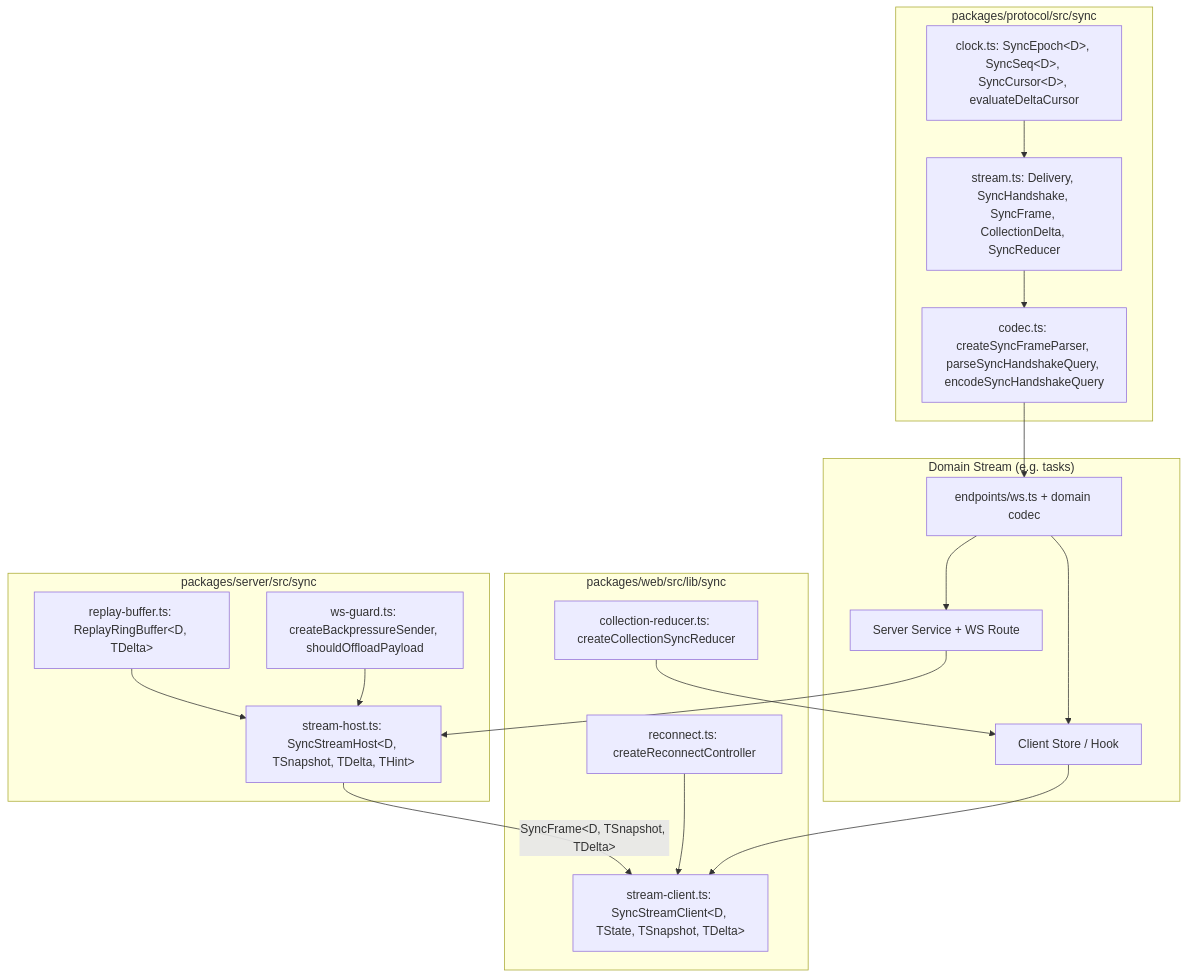
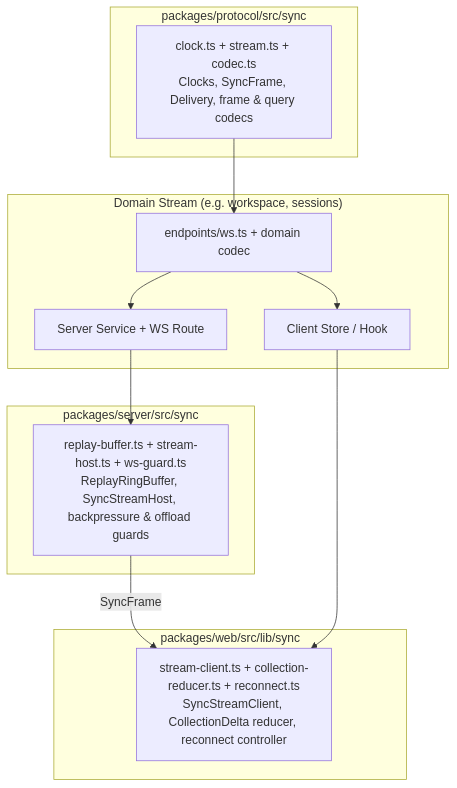
One commit to kui04/pivia changed the first of 3 diagrams in docs/versioned_incremental_sync.md. Above: the diagram before and after it, drawn with Mermaid. The commit also changed other lines of this file and 3 other files, not shown here.

````diff
--- a/docs/versioned_incremental_sync.md
+++ b/docs/versioned_incremental_sync.md
@@ -21,37 +21,27 @@
 ```mermaid
 flowchart TD
     subgraph Protocol["packages/protocol/src/sync"]
-        Clock["clock.ts: SyncEpoch&lt;D&gt;, SyncSeq&lt;D&gt;, SyncCursor&lt;D&gt;, evaluateDeltaCursor"]
-        Stream["stream.ts: Delivery, SyncHandshake, SyncFrame, CollectionDelta, SyncReducer"]
-        Codec["codec.ts: createSyncFrameParser, parseSyncHandshakeQuery, encodeSyncHandshakeQuery"]
+        P_Types["clock.ts + stream.ts + codec.ts<br/>Clocks, SyncFrame, Delivery, frame & query codecs"]
     end
 
     subgraph Server["packages/server/src/sync"]
-        Ring["replay-buffer.ts: ReplayRingBuffer&lt;D, TDelta&gt;"]
-        Host["stream-host.ts: SyncStreamHost&lt;D, TSnapshot, TDelta, THint&gt;"]
-        Guard["ws-guard.ts: createBackpressureSender, shouldOffloadPayload"]
+        S_Engine["replay-buffer.ts + stream-host.ts + ws-guard.ts<br/>ReplayRingBuffer, SyncStreamHost, backpressure & offload guards"]
     end
 
     subgraph Web["packages/web/src/lib/sync"]
-        Client["stream-client.ts: SyncStreamClient&lt;D, TState, TSnapshot, TDelta&gt;"]
-        Reducer["collection-reducer.ts: createCollectionSyncReducer"]
-        Reconnect["reconnect.ts: createReconnectController"]
+        W_Client["stream-client.ts + collection-reducer.ts + reconnect.ts<br/>SyncStreamClient, CollectionDelta reducer, reconnect controller"]
     end
 
-    subgraph Domain["Domain Stream (e.g. tasks)"]
+    subgraph Domain["Domain Stream (e.g. workspace, sessions)"]
         Endpoint["endpoints/ws.ts + domain codec"]
         ServerDomain["Server Service + WS Route"]
         ClientDomain["Client Store / Hook"]
     end
 
-    Clock --> Stream --> Codec --> Endpoint
-    Ring --> Host
-    Guard --> Host
-    Host -->|"SyncFrame&lt;D, TSnapshot, TDelta&gt;"| Client
-    Reconnect --> Client
-    Reducer --> ClientDomain
+    P_Types --> Endpoint
     Endpoint --> ServerDomain
     Endpoint --> ClientDomain
-    ServerDomain --> Host
-    ClientDomain --> Client
+    ServerDomain --> S_Engine
+    S_Engine -->|"SyncFrame"| W_Client
+    ClientDomain --> W_Client
 ```
````
